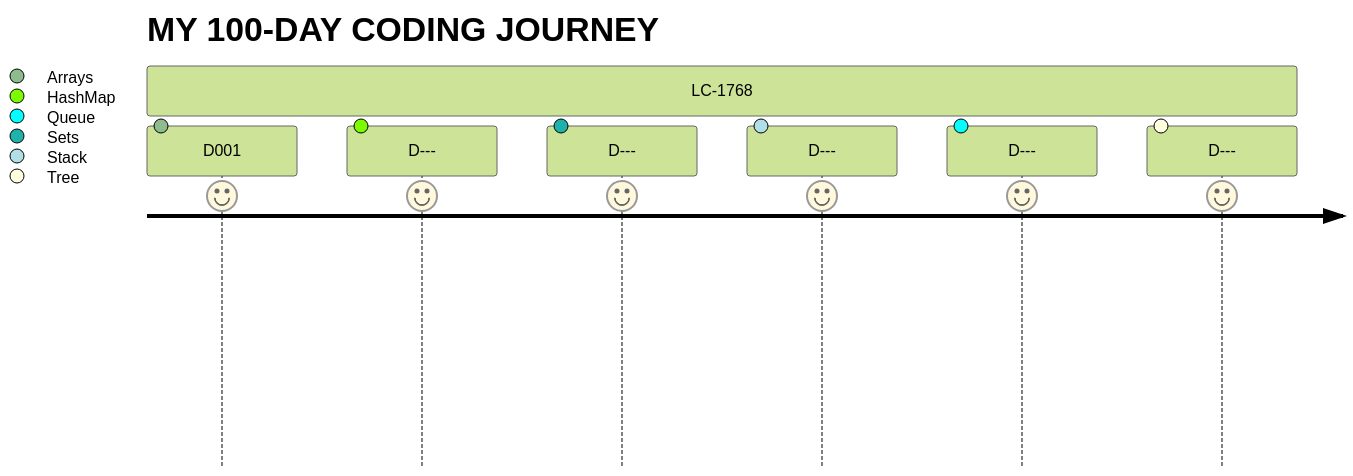
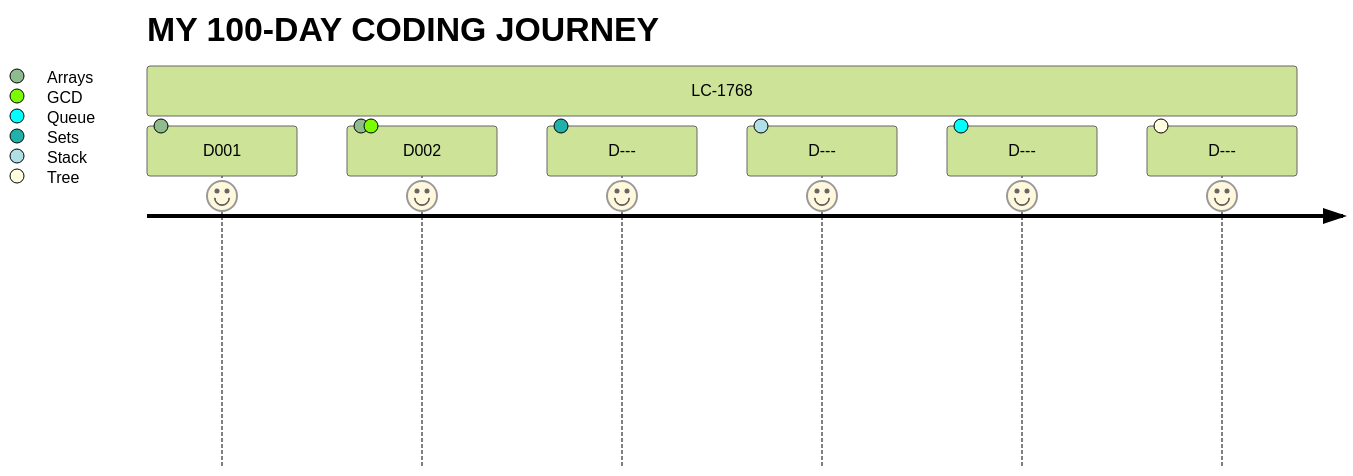
One commit to Edddush/100-days-of-code changed the diagram in log.md. Above: the diagram before and after it, drawn with Mermaid (forest theme). The commit also changed other lines of this file, not shown here.

````diff
--- a/log.md
+++ b/log.md
@@ -3,11 +3,11 @@
 ```mermaid
 journey
     title MY 100-DAY CODING JOURNEY
     section LC-1768
       D001: 9: Arrays
-      D---: 9: HashMap
+      D002: 9: Arrays, GCD
       D---: 9: Sets
       D---: 9: Stack
       D---: 9: Queue
       D---: 9: Tree
 ```
````
